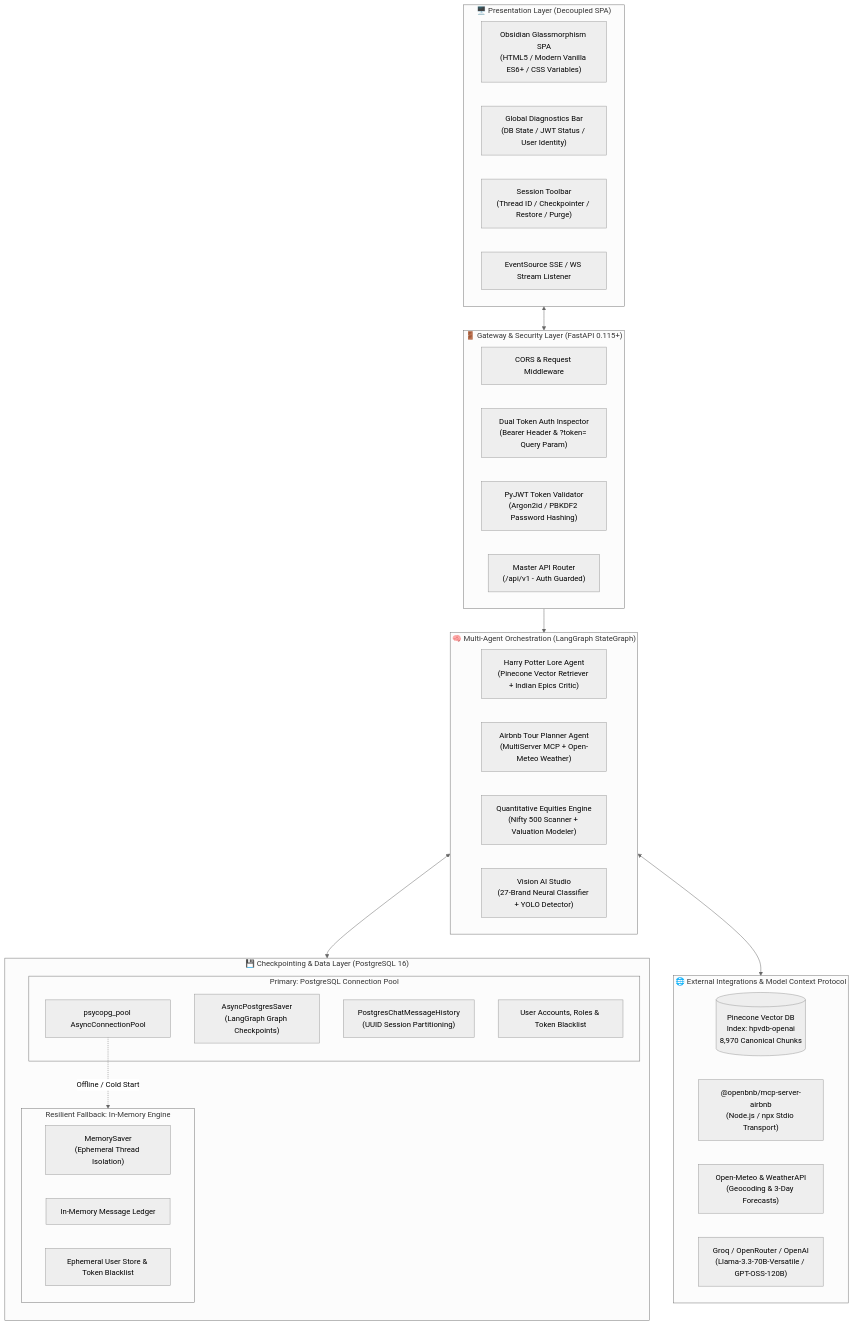
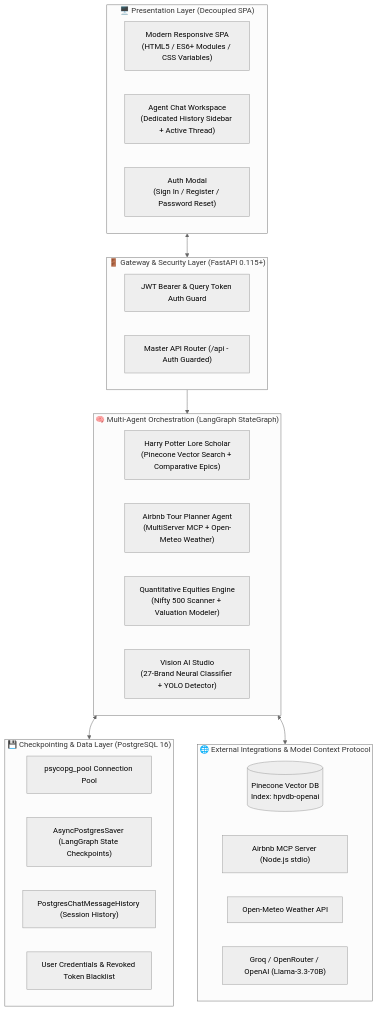
One commit to ambideXtrous9/portfolio-agent changed the first of 2 diagrams in README.md. Above: the diagram before and after it, drawn with Mermaid (neutral theme). The commit also changed other lines of this file and 1 other file, not shown here.

````diff
--- a/README.md
+++ b/README.md
@@ -69,51 +44,39 @@
 ```mermaid
 flowchart TB
     subgraph ClientLayer ["🖥️ Presentation Layer (Decoupled SPA)"]
-        UI["Obsidian Glassmorphism SPA\n(HTML5 / Modern Vanilla ES6+ / CSS Variables)"]
-        TopBar["Global Diagnostics Bar\n(DB State / JWT Status / User Identity)"]
-        SessionBar["Session Toolbar\n(Thread ID / Checkpointer / Restore / Purge)"]
-        SSEListener["EventSource SSE / WS Stream Listener"]
+        UI["Modern Responsive SPA\n(HTML5 / ES6+ Modules / CSS Variables)"]
+        ChatWorkspace["Agent Chat Workspace\n(Dedicated History Sidebar + Active Thread)"]
+        AuthModal["Auth Modal\n(Sign In / Register / Password Reset)"]
     end
 
     subgraph GatewayLayer ["🚪 Gateway & Security Layer (FastAPI 0.115+)"]
-        CORS["CORS & Request Middleware"]
-        AuthMiddleware["Dual Token Auth Inspector\n(Bearer Header & ?token= Query Param)"]
-        JWTHandler["PyJWT Token Validator\n(Argon2id / PBKDF2 Password Hashing)"]
-        Router["Master API Router\n(/api/v1 - Auth Guarded)"]
+        AuthMiddleware["JWT Bearer & Query Token Auth Guard"]
+        Router["Master API Router (/api - Auth Guarded)"]
     end
 
     subgraph AgentLayer ["🧠 Multi-Agent Orchestration (LangGraph StateGraph)"]
-        HarryAgent["Harry Potter Lore Agent\n(Pinecone Vector Retriever + Indian Epics Critic)"]
+        HarryAgent["Harry Potter Lore Scholar\n(Pinecone Vector Search + Comparative Epics)"]
         TourAgent["Airbnb Tour Planner Agent\n(MultiServer MCP + Open-Meteo Weather)"]
         StockEngine["Quantitative Equities Engine\n(Nifty 500 Scanner + Valuation Modeler)"]
         VisionStudio["Vision AI Studio\n(27-Brand Neural Classifier + YOLO Detector)"]
     end
 
     subgraph PersistenceLayer ["💾 Checkpointing & Data Layer (PostgreSQL 16)"]
-        direction TB
-        subgraph PostgresActive ["Primary: PostgreSQL Connection Pool"]
-            PGPool["psycopg_pool AsyncConnectionPool"]
-            PGSaver["AsyncPostgresSaver\n(LangGraph Graph Checkpoints)"]
-            PGChat["PostgresChatMessageHistory\n(UUID Session Partitioning)"]
-            PGAuth["User Accounts, Roles & Token Blacklist"]
-        end
-        subgraph MemoryFallback ["Resilient Fallback: In-Memory Engine"]
-            MemSaver["MemorySaver\n(Ephemeral Thread Isolation)"]
-            MemChat["In-Memory Message Ledger"]
-            MemAuth["Ephemeral User Store & Token Blacklist"]
-        end
+        PGPool["psycopg_pool Connection Pool"]
+        PGSaver["AsyncPostgresSaver (LangGraph State Checkpoints)"]
+        PGChat["PostgresChatMessageHistory (Session History)"]
+        PGAuth["User Credentials & Revoked Token Blacklist"]
     end
 
     subgraph ExternalServices ["🌐 External Integrations & Model Context Protocol"]
-        PineconeDB[("Pinecone Vector DB\nIndex: hpvdb-openai\n8,970 Canonical Chunks")]
-        MCPAirbnb["@openbnb/mcp-server-airbnb\n(Node.js / npx Stdio Transport)"]
-        MeteoAPI["Open-Meteo & WeatherAPI\n(Geocoding & 3-Day Forecasts)"]
-        LLMProvider["Groq / OpenRouter / OpenAI\n(Llama-3.3-70B-Versatile / GPT-OSS-120B)"]
+        PineconeDB[("Pinecone Vector DB\nIndex: hpvdb-openai")]
+        MCPAirbnb["Airbnb MCP Server (Node.js stdio)"]
+        MeteoAPI["Open-Meteo Weather API"]
+        LLMProvider["Groq / OpenRouter / OpenAI (Llama-3.3-70B)"]
     end
 
     ClientLayer <--> GatewayLayer
     GatewayLayer --> AgentLayer
     AgentLayer <--> PersistenceLayer
     AgentLayer <--> ExternalServices
-    PGPool -.->|Offline / Cold Start| MemoryFallback
 ```
````
